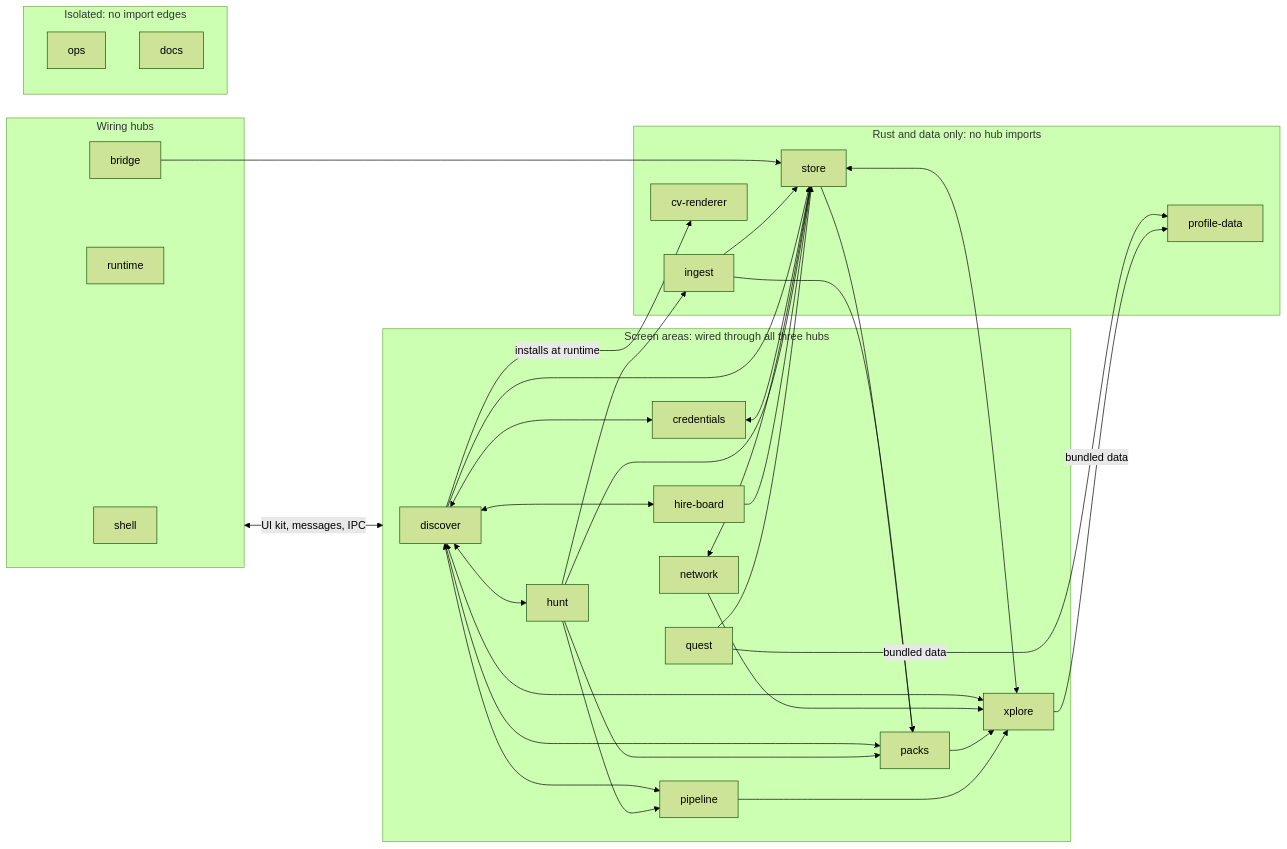
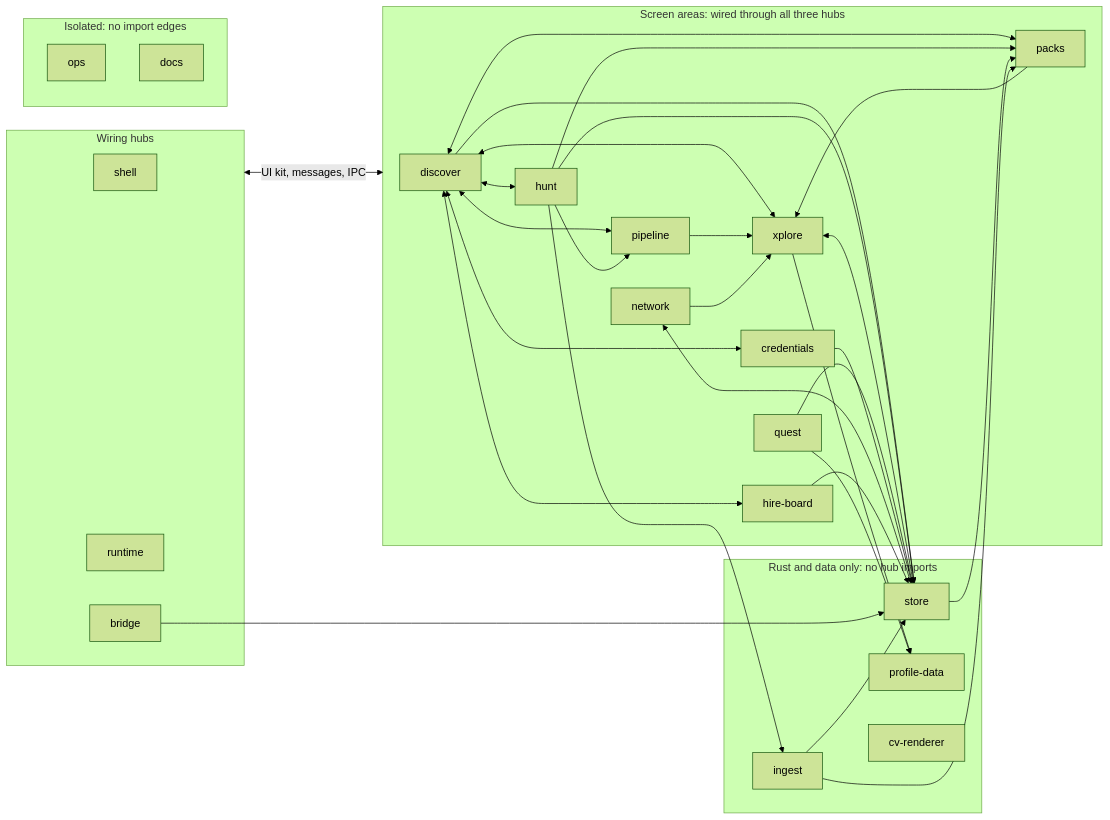
The diagram in docs/ops/AREAS.md (p10ns11y/collab-finder), drawn with Mermaid (forest theme) before and after one commit. The commit also changed other lines of this file and 3 other files, not shown here.

First line of the commit message:
Rebuild the area graph and churn table from the tree.

````diff
--- a/docs/ops/AREAS.md
+++ b/docs/ops/AREAS.md
@@ -5,58 +6,57 @@
 ```mermaid
 flowchart LR
   subgraph hubs["Wiring hubs"]
     shell
     runtime
     bridge
   end
   subgraph screens["Screen areas: wired through all three hubs"]
     discover
     hunt
     xplore
     pipeline
     quest
     credentials
     packs
     network
     hire_board["hire-board"]
   end
   subgraph rustdata["Rust and data only: no hub imports"]
     store
     ingest
     profile_data["profile-data"]
     cv_renderer["cv-renderer"]
   end
   subgraph alone["Isolated: no import edges"]
     ops
     docs
   end
 
   hubs <-->|"UI kit, messages, IPC"| screens
+
   bridge --> store
-
+  discover <--> hunt
+  discover <--> xplore
+  discover <--> pipeline
   discover <--> credentials
+  discover <--> packs
   discover <--> hire_board
-  discover <--> hunt
-  discover <--> packs
-  discover <--> pipeline
-  discover <--> xplore
   discover --> store
-  discover -->|"installs at runtime"| cv_renderer
-  credentials <--> store
+  hunt --> pipeline
+  hunt --> packs
+  hunt --> store
+  hunt --> ingest
+  pipeline --> xplore
+  packs --> xplore
+  network --> xplore
+  xplore <--> store
+  xplore --> profile_data
+  quest --> store
+  quest --> profile_data
+  credentials --> store
+  store --> packs
+  ingest --> packs
   network <--> store
-  xplore <--> store
-  hunt --> ingest
-  hunt --> packs
-  hunt --> pipeline
-  hunt --> store
-  ingest --> packs
+  hire_board --> store
   ingest --> store
-  hire_board --> store
-  quest --> store
-  quest -->|"bundled data"| profile_data
-  xplore -->|"bundled data"| profile_data
-  network --> xplore
-  packs --> xplore
-  pipeline --> xplore
-  store --> packs
 ```
````
